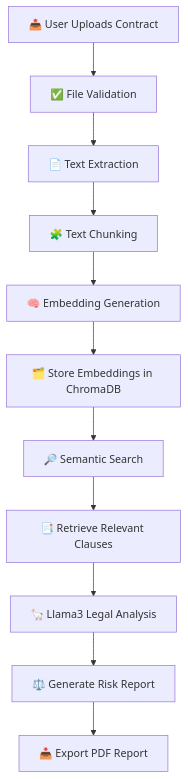
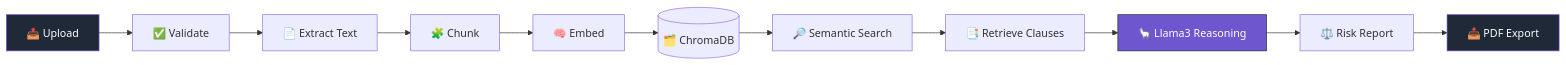
One commit to TALHA-ABDUL-RAUF/AI_Legal_Risk_Analyzer changed the diagram in README.md. Above: the diagram before and after it, drawn with Mermaid. The commit also changed other lines of this file and 5 other files, not shown here.

````diff
--- a/README.md
+++ b/README.md
@@ -56,13 +53,17 @@
 ```mermaid
-flowchart TD
-    A[📤 User Uploads Contract] --> B[✅ File Validation]
-    B --> C[📄 Text Extraction]
-    C --> D[🧩 Text Chunking]
-    D --> E[🧠 Embedding Generation]
-    E --> F[🗂️ Store Embeddings in ChromaDB]
+flowchart LR
+    A[📤 Upload] --> B[✅ Validate]
+    B --> C[📄 Extract Text]
+    C --> D[🧩 Chunk]
+    D --> E[🧠 Embed]
+    E --> F[(🗂️ ChromaDB)]
     F --> G[🔎 Semantic Search]
-    G --> H[📑 Retrieve Relevant Clauses]
-    H --> I[🦙 Llama3 Legal Analysis]
-    I --> J[⚖️ Generate Risk Report]
-    J --> K[📥 Export PDF Report]
+    G --> H[📑 Retrieve Clauses]
+    H --> I[🦙 Llama3 Reasoning]
+    I --> J[⚖️ Risk Report]
+    J --> K[📥 PDF Export]
+
+    style A fill:#1f2937,stroke:#6E56CF,color:#fff
+    style K fill:#1f2937,stroke:#6E56CF,color:#fff
+    style I fill:#6E56CF,stroke:#1f2937,color:#fff
 ```
````
